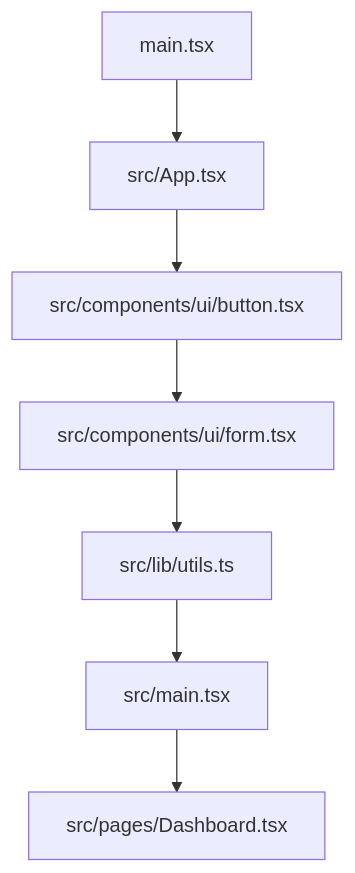
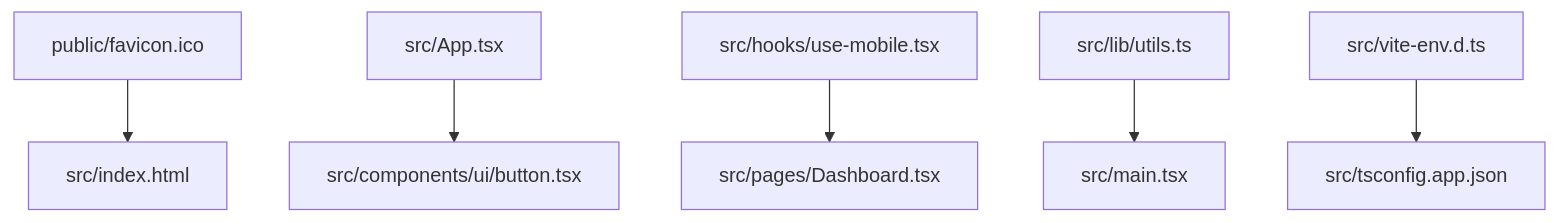
Before and after one commit to jahnavi783/tasty-web-portal: the diagram in DOCUMENTATION.md, drawn with Mermaid. The commit also changed other lines of this file, not shown here.

````diff
--- a/DOCUMENTATION.md
+++ b/DOCUMENTATION.md
@@ -49,9 +48,8 @@
 ```mermaid
 flowchart TD
-    A[main.tsx] --> B[src/App.tsx]
-    B --> C[src/components/ui/button.tsx]
-    C --> D[src/components/ui/form.tsx]
-    D --> E[src/lib/utils.ts]
-    E --> F[src/main.tsx]
-    F --> G[src/pages/Dashboard.tsx]
+    A[public/favicon.ico] --> B[src/index.html]
+    C[src/App.tsx] --> D[src/components/ui/button.tsx]
+    E[src/hooks/use-mobile.tsx] --> F[src/pages/Dashboard.tsx]
+    G[src/lib/utils.ts] --> H[src/main.tsx]
+    I[src/vite-env.d.ts] --> J[src/tsconfig.app.json]
 ```
````
